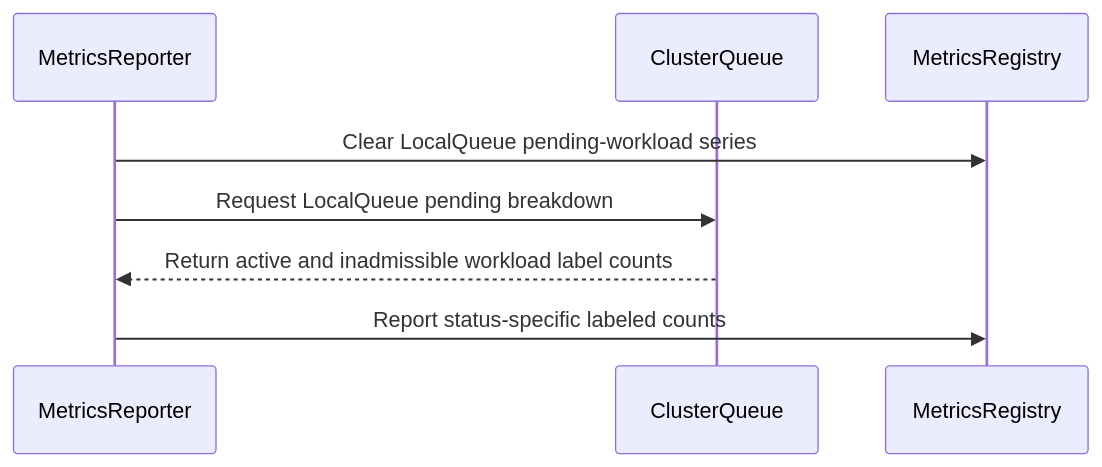
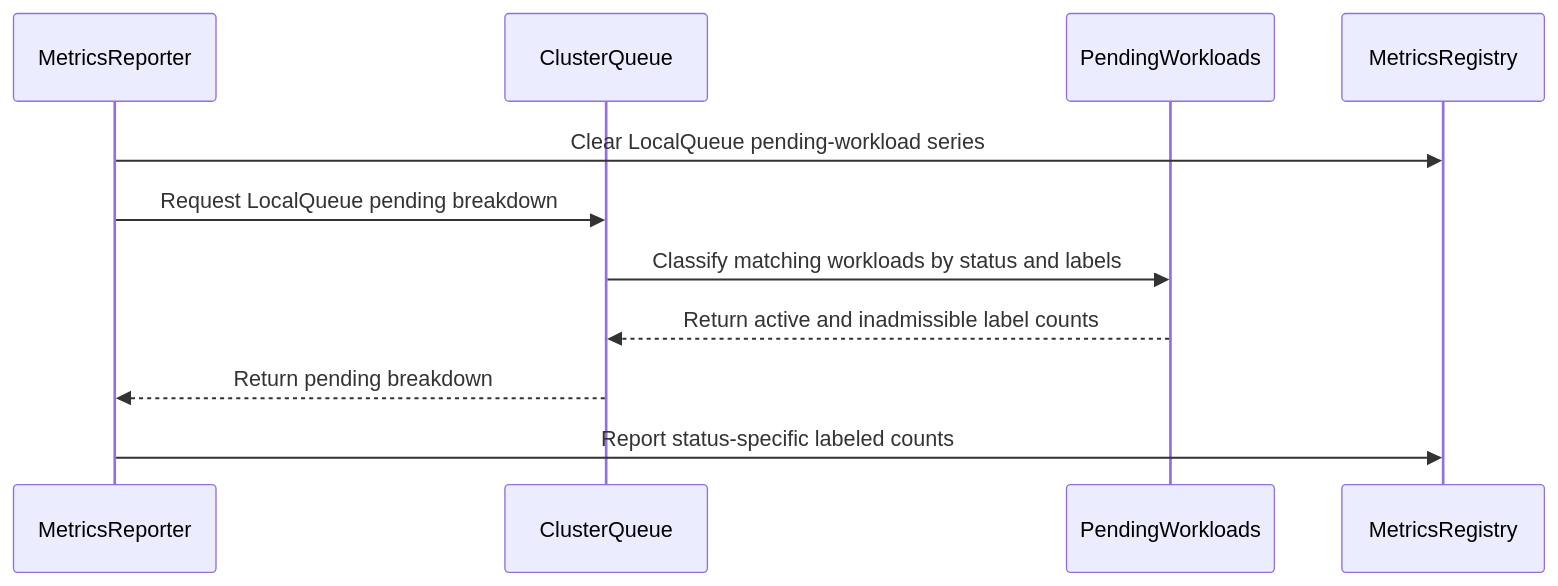
Before and after one commit to reruno/kueue-llm-wiki: the diagram in raw/github/kubernetes-sigs__kueue/pr-14167.md, drawn with Mermaid. The commit also changed other lines of this file and 137 other files, not shown here.

````diff
--- a/raw/github/kubernetes-sigs__kueue/pr-14167.md
+++ b/raw/github/kubernetes-sigs__kueue/pr-14167.md
@@ -175,10 +197,13 @@
 ```mermaid
 sequenceDiagram
   participant MetricsReporter
   participant ClusterQueue
+  participant PendingWorkloads
   participant MetricsRegistry
   MetricsReporter->>MetricsRegistry: Clear LocalQueue pending-workload series
   MetricsReporter->>ClusterQueue: Request LocalQueue pending breakdown
-  ClusterQueue-->>MetricsReporter: Return active and inadmissible workload label counts
+  ClusterQueue->>PendingWorkloads: Classify matching workloads by status and labels
+  PendingWorkloads-->>ClusterQueue: Return active and inadmissible label counts
+  ClusterQueue-->>MetricsReporter: Return pending breakdown
   MetricsReporter->>MetricsRegistry: Report status-specific labeled counts
 ```
````
